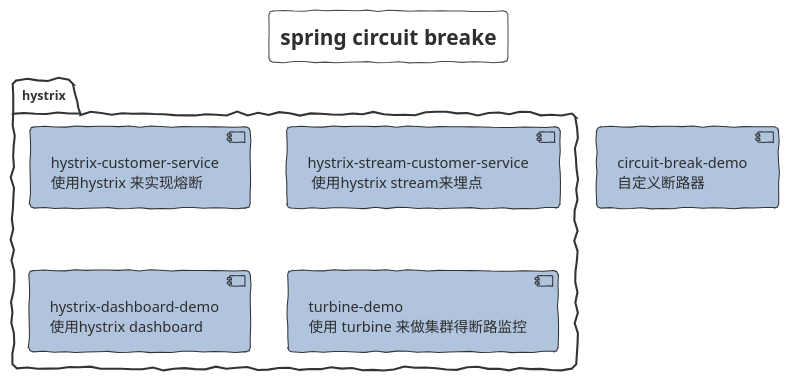
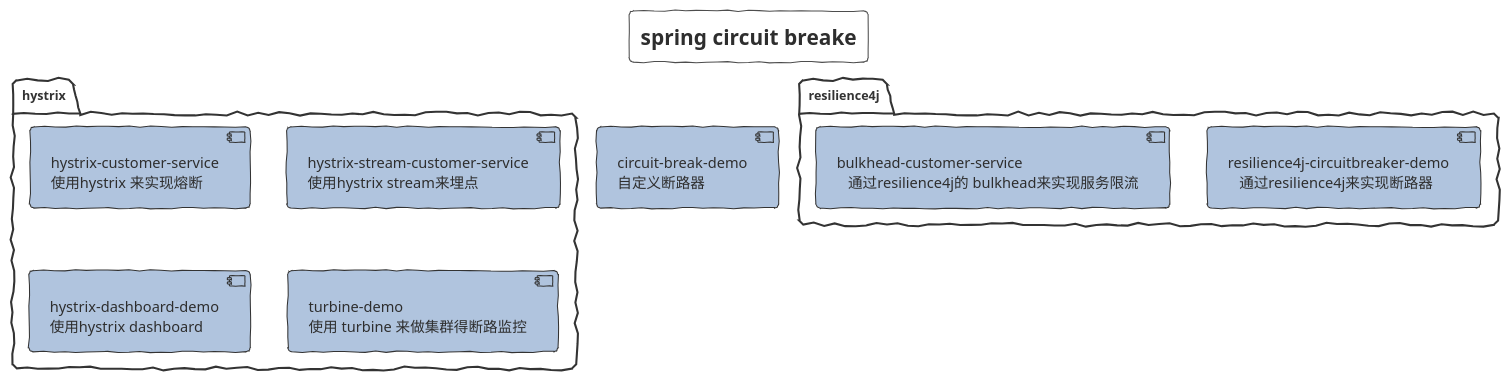
The diagram in spring-circuit-breake/Module.puml (FantasybabyChange/springStudyProject), drawn with PlantUML before and after one commit. The commit also changed 18 other files, not shown here.

```diff
--- a/spring-circuit-breake/Module.puml
+++ b/spring-circuit-breake/Module.puml
@@ -1,38 +1,49 @@
 @startuml SPRING_CIRCUIT_BREAKE
 !theme sketchy-outline
 title spring circuit breake
 skinparam interface {
 }
 skinparam component {
    backgroundColor LightSteelBlue
    FontSize 14
    ArrowFontSize 14
    ArrowFontColor #777777
    ArrowColor #FF6655
 }
- component cbd[
-   circuit-break-demo
-   自定义断路器 
-   ]
+component cbd[
+circuit-break-demo
+自定义断路器
+]
 
 package hystrix{
-component hcs[
-hystrix-customer-service
-使用hystrix 来实现熔断
-]
-component hscs[
-hystrix-stream-customer-service
- 使用hystrix stream来埋点
-]
-component hdd[
-hystrix-dashboard-demo
-使用hystrix dashboard
-]
-component htb[
-turbine-demo
-使用 turbine 来做集群得断路监控
-]
+   component hcs[
+   hystrix-customer-service
+   使用hystrix 来实现熔断
+   ]
+   component hscs[
+   hystrix-stream-customer-service
+   使用hystrix stream来埋点
+   ]
+   component hdd[
+   hystrix-dashboard-demo
+   使用hystrix dashboard
+   ]
+   component htb[
+   turbine-demo
+   使用 turbine 来做集群得断路监控
+   ]
 
 }
 
+package resilience4j{
+    component rcd[
+   resilience4j-circuitbreaker-demo
+      通过resilience4j来实现断路器
+   ]
+   component bcs[
+   bulkhead-customer-service
+      通过resilience4j的 bulkhead来实现服务限流
+   ]
+}
+
 @enduml
```
